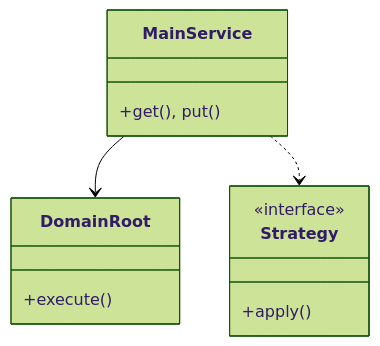
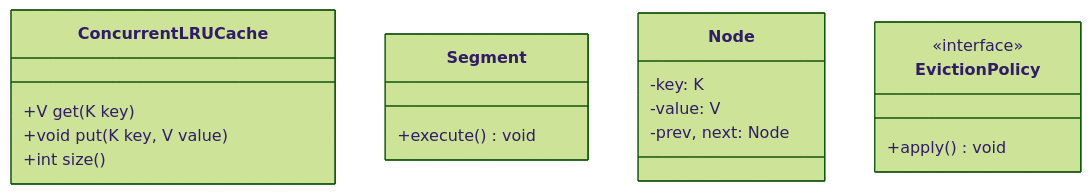
Before and after one commit to madhupaila/Interview-Prep-SSE: the first of 3 diagrams in Learn/System Design - Low Level Design/04-concurrency-lld/questions/Q06-concurrent-lru-cache.md, drawn with Mermaid (forest theme). The commit also changed other lines of this file and 491 other files, not shown here.

````diff
--- a/Learn/System Design - Low Level Design/04-concurrency-lld/questions/Q06-concurrent-lru-cache.md
+++ b/Learn/System Design - Low Level Design/04-concurrency-lld/questions/Q06-concurrent-lru-cache.md
@@ -72,15 +92,20 @@
 ```mermaid
 classDiagram
-    class MainService {
-        +get(), put()
+    class ConcurrentLRUCache {
+        +V get(K key)
+        +void put(K key, V value)
+        +int size()
     }
-    class DomainRoot {
-        +execute()
+    class Segment {
+        +execute() void
     }
-    class Strategy {
+    class Node {
+        -key: K
+        -value: V
+        -prev, next: Node
+    }
+    class EvictionPolicy {
         <<interface>>
-        +apply()
+        +apply() void
     }
-    MainService --> DomainRoot
-    MainService ..> Strategy
 ```
````
